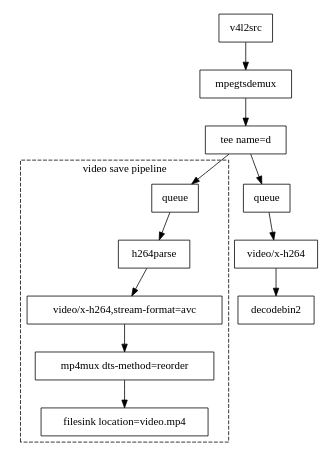
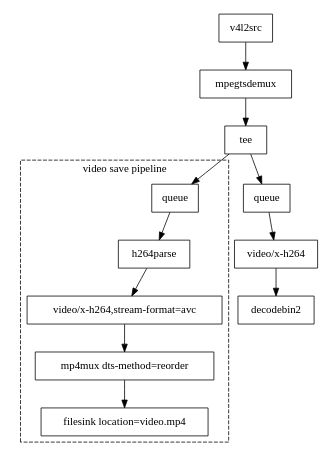
One commit to LewisHaley/stb-tester.com changed the diagram in hdpvr-mp4-pipeline.dot. Above: the diagram before and after it, drawn with Graphviz.

Commit message:
Jenkins article: Simplify the remux-to-mp4 pipeline diagram
Remove the "name=d" from the tee element. We don't need to match the
exact syntax you'd give to "gst-launch"; we just need to show that there
is a tee element.

```diff
--- a/hdpvr-mp4-pipeline.dot
+++ b/hdpvr-mp4-pipeline.dot
@@ -1,19 +1,19 @@
 digraph G {
 
   size="3,6";
   node [shape=box];
   queue_1 [label="queue"];
   queue_2 [label="queue"];
 
   subgraph cluster1 {
     style=dashed;
     queue_1 -> h264parse -> "video/x-h264,stream-format=avc" ->
     "mp4mux dts-method=reorder" -> "filesink location=video.mp4";
     label="video save pipeline";
   };
 
-  v4l2src -> mpegtsdemux -> "tee name=d";
-  "tee name=d" -> queue_1;
-  "tee name=d" -> queue_2 -> "video/x-h264" -> "decodebin2";
+  v4l2src -> mpegtsdemux -> tee;
+  tee -> queue_1;
+  tee -> queue_2 -> "video/x-h264" -> "decodebin2";
 
 }
```
